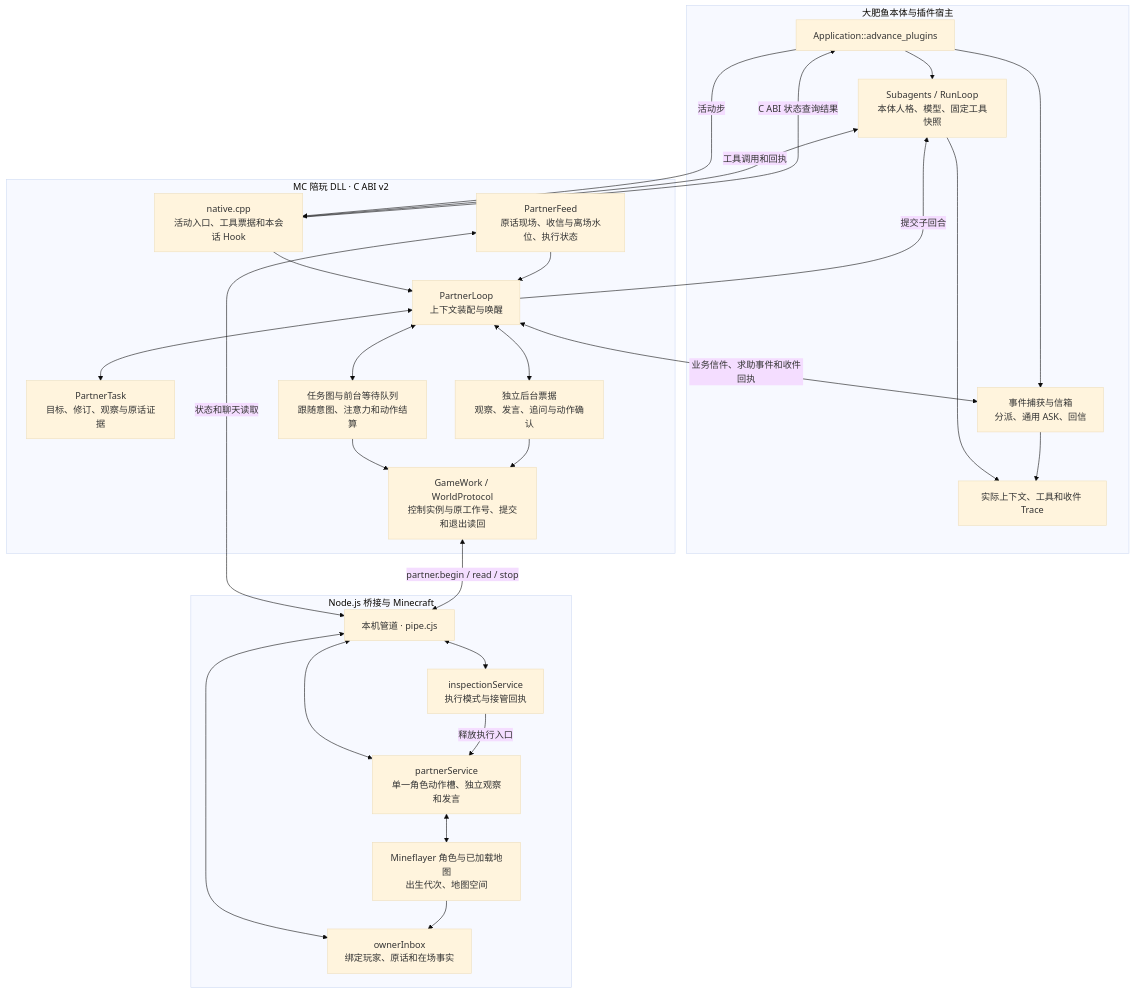
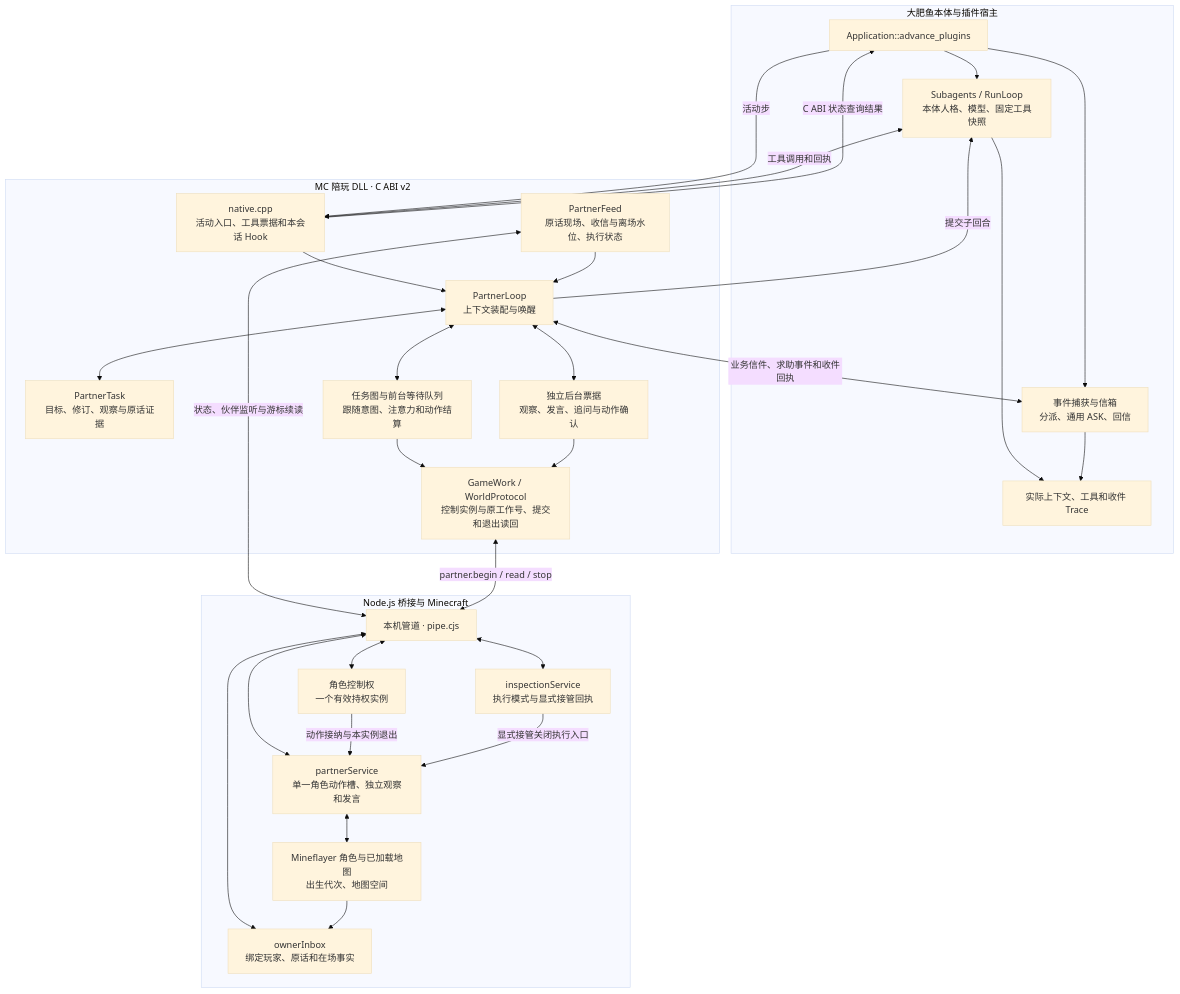
One commit to AuraKaliya/DaFeiYu- changed the third of 5 diagrams in docs/architecture.md. Above: the diagram before and after it, drawn with Mermaid (base theme). The commit also changed other lines of this file and 17 other files, not shown here.

````diff
--- a/docs/architecture.md
+++ b/docs/architecture.md
@@ -158,49 +158,52 @@
 ```mermaid
 flowchart TB
     subgraph Host["大肥鱼本体与插件宿主"]
         App["Application::advance_plugins"]
         Agent["Subagents / RunLoop<br/>本体人格、模型、固定工具快照"]
         Mail["事件捕获与信箱<br/>分派、通用 ASK、回信"]
         Trace["实际上下文、工具和收件 Trace"]
         App --> Agent
         App --> Mail
         Agent --> Trace
         Mail --> Trace
     end
     subgraph Native["MC 陪玩 DLL · C ABI v2"]
         Entry["native.cpp<br/>活动入口、工具票据和本会话 Hook"]
         Feed["PartnerFeed<br/>原话现场、收信与离场水位、执行状态"]
         Loop["PartnerLoop<br/>上下文装配与唤醒"]
         State["PartnerTask<br/>目标、修订、观察与原话证据"]
         Plan["任务图与前台等待队列<br/>跟随意图、注意力和动作结算"]
         Speech["独立后台票据<br/>观察、发言、追问与动作确认"]
         Work["GameWork / WorldProtocol<br/>控制实例与原工作号、提交和退出读回"]
         Entry --> Loop
         Feed --> Loop
         Loop <--> State
         Loop <--> Plan
         Loop <--> Speech
         Plan --> Work
         Speech --> Work
     end
     subgraph Game["Node.js 桥接与 Minecraft"]
         Pipe["本机管道 · pipe.cjs"]
         Inbox["ownerInbox<br/>绑定玩家、原话和在场事实"]
-        Control["inspectionService<br/>执行模式与接管回执"]
+        Control["inspectionService<br/>执行模式与显式接管回执"]
+        Lease["角色控制权<br/>一个有效持权实例"]
         Executor["partnerService<br/>单一角色动作槽、独立观察和发言"]
         World["Mineflayer 角色与已加载地图<br/>出生代次、地图空间"]
         Pipe <--> Inbox
         Pipe <--> Control
+        Pipe <--> Lease
         Pipe <--> Executor
-        Control -->|释放执行入口| Executor
+        Lease -->|动作接纳与本实例退出| Executor
+        Control -->|显式接管关闭执行入口| Executor
         World --> Inbox
         Executor <--> World
     end
     App -->|活动步| Entry
     Entry -->|C ABI 状态查询结果| App
     Loop -->|提交子回合| Agent
     Agent <-->|工具调用和回执| Entry
     Loop <-->|业务信件、求助事件和收件回执| Mail
-    Feed <-->|状态和聊天读取| Pipe
+    Feed <-->|状态、伙伴监听与游标续读| Pipe
     Work <-->|partner.begin / read / stop| Pipe
 ```
````
